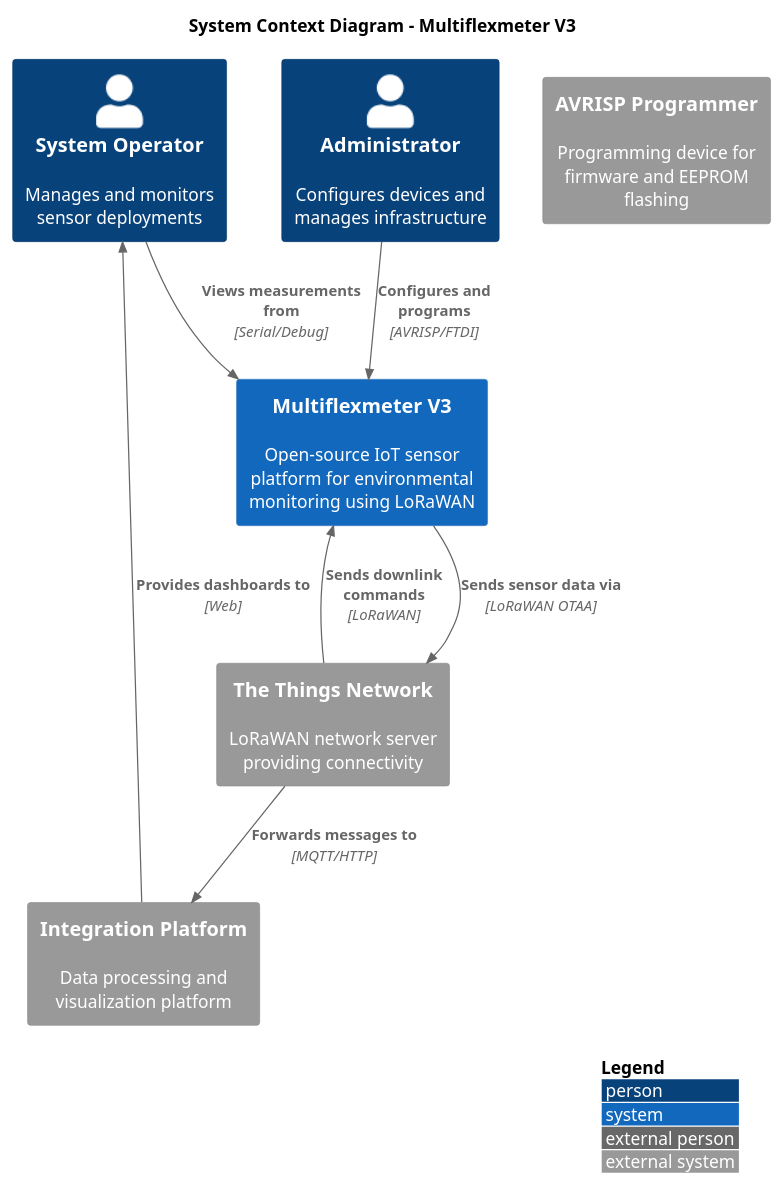
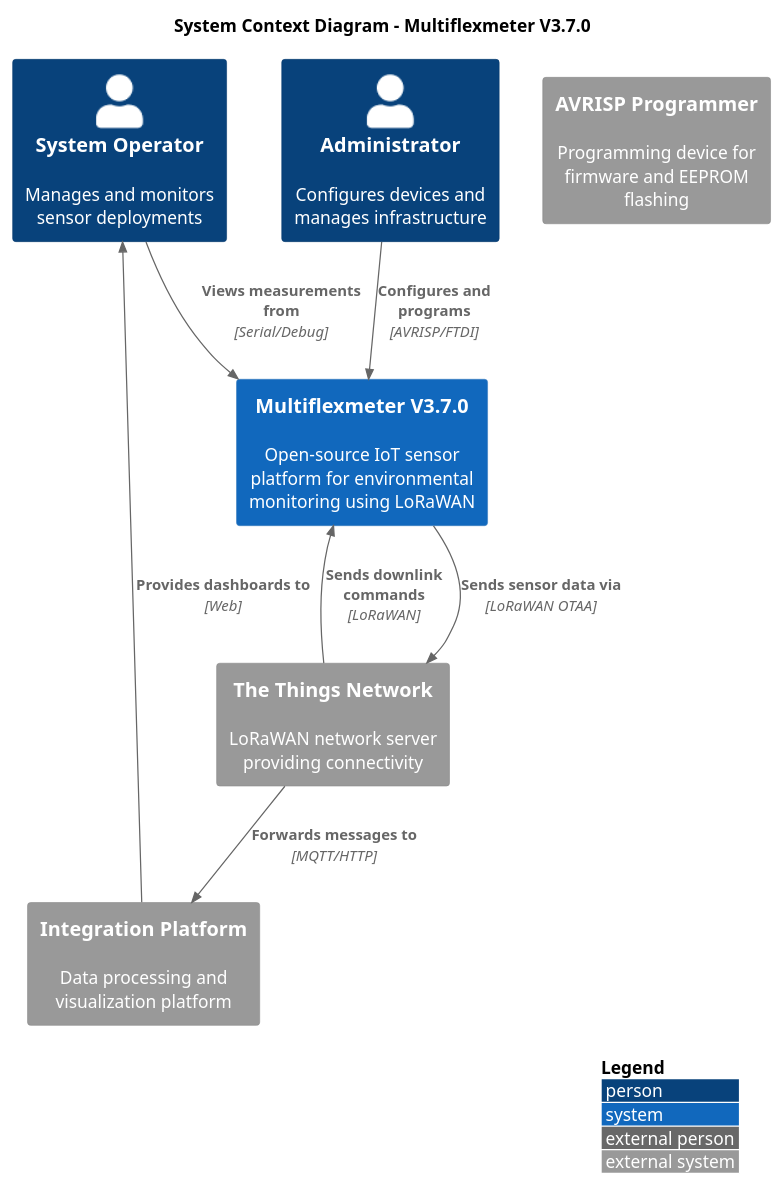
One commit to MrMisterMisterMister/MFM-docs changed the diagram in public/diagrams/system_context.puml. Above: the diagram before and after it, drawn with PlantUML. The commit also changed 37 other files, not shown here.

```diff
--- a/public/diagrams/system_context.puml
+++ b/public/diagrams/system_context.puml
@@ -1,24 +1,24 @@
 @startuml Multiflexmeter_System_Context
 !include https://raw.githubusercontent.com/plantuml-stdlib/C4-PlantUML/master/C4_Context.puml
 
 LAYOUT_WITH_LEGEND()
 
-title System Context Diagram - Multiflexmeter V3
+title System Context Diagram - Multiflexmeter V3.7.0
 
 Person(operator, "System Operator", "Manages and monitors sensor deployments")
 Person(admin, "Administrator", "Configures devices and manages infrastructure")
 
-System(mfm, "Multiflexmeter V3", "Open-source IoT sensor platform for environmental monitoring using LoRaWAN")
+System(mfm, "Multiflexmeter V3.7.0", "Open-source IoT sensor platform for environmental monitoring using LoRaWAN")
 
 System_Ext(ttn, "The Things Network", "LoRaWAN network server providing connectivity")
 System_Ext(integration, "Integration Platform", "Data processing and visualization platform")
 System_Ext(programmer, "AVRISP Programmer", "Programming device for firmware and EEPROM flashing")
 
 Rel(operator, mfm, "Views measurements from", "Serial/Debug")
 Rel(admin, mfm, "Configures and programs", "AVRISP/FTDI")
 Rel(mfm, ttn, "Sends sensor data via", "LoRaWAN OTAA")
 Rel(ttn, integration, "Forwards messages to", "MQTT/HTTP")
 Rel(integration, operator, "Provides dashboards to", "Web")
 Rel(ttn, mfm, "Sends downlink commands", "LoRaWAN")
 
 @enduml
```
